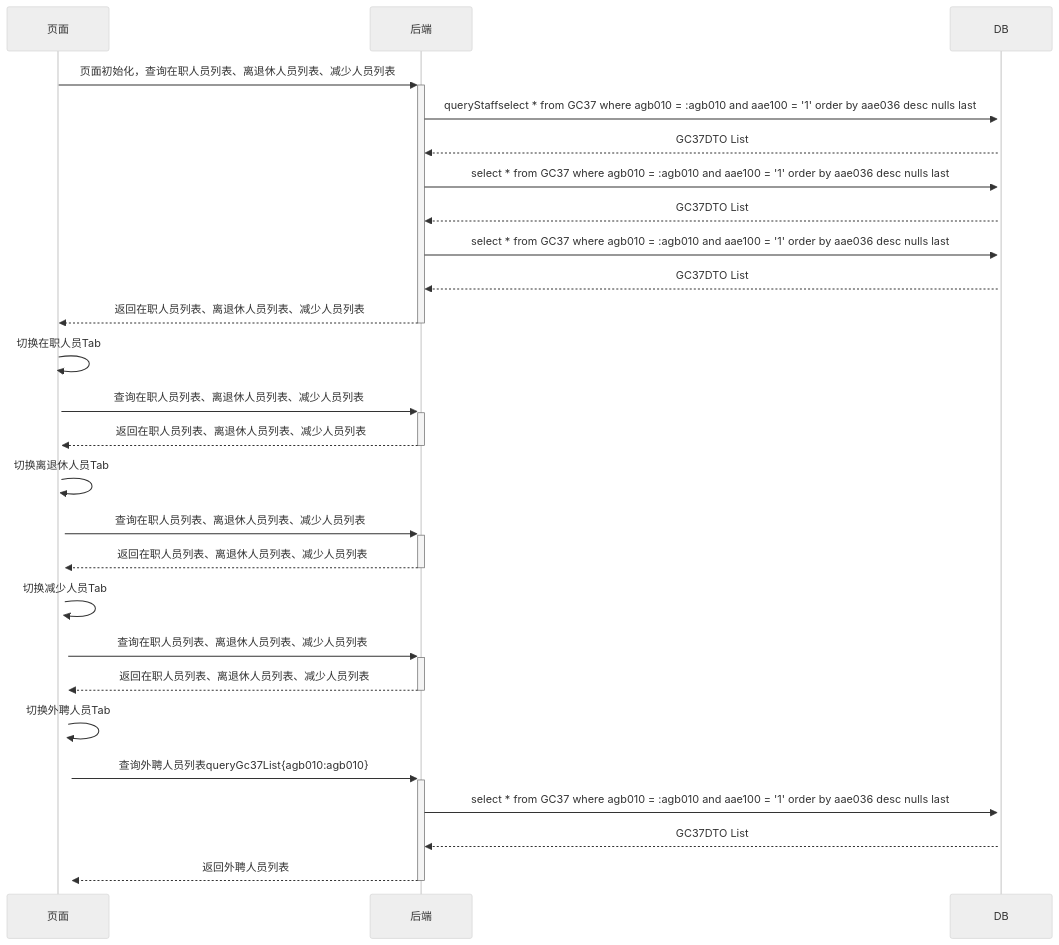
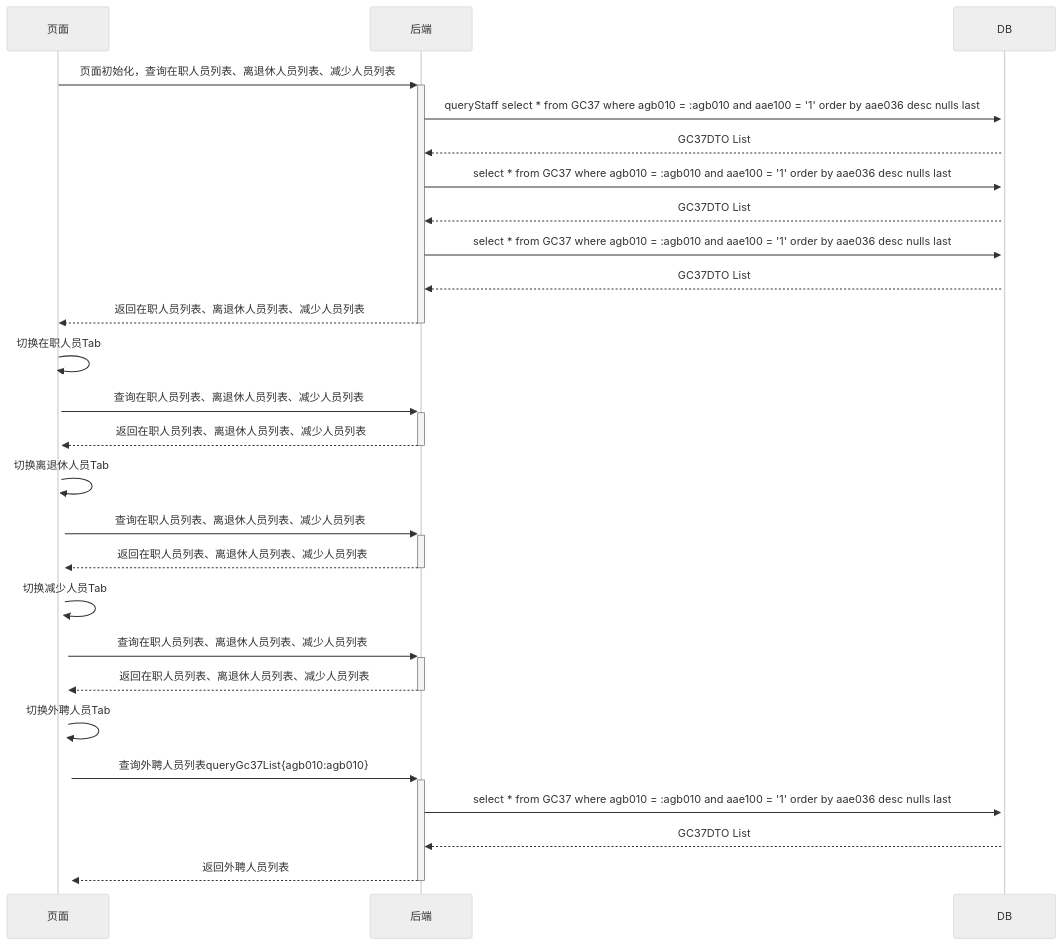
The diagram in all/人员基本信息初始化页面多Tab调用业务流程.md (ZhangJianBeiJing/iodraw-files), drawn with Mermaid (neutral theme) before and after one commit.

Commit message:
2025-03-25 10:32:55 update

````diff
--- a/all/人员基本信息初始化页面多Tab调用业务流程.md
+++ b/all/人员基本信息初始化页面多Tab调用业务流程.md
@@ -1,25 +1,25 @@
 ```mermaid
 sequenceDiagram
     页面->>+后端: 页面初始化，查询在职人员列表、离退休人员列表、减少人员列表
-    后端->>+DB:queryStaffselect * from GC37 where agb010 = :agb010 and aae100 = '1' order by aae036 desc nulls last
+    后端->>+DB:queryStaff select * from GC37 where agb010 = :agb010 and aae100 = '1' order by aae036 desc nulls last
     DB-->>后端:GC37DTO List
     后端->>+DB:select * from GC37 where agb010 = :agb010 and aae100 = '1' order by aae036 desc nulls last
     DB-->>后端:GC37DTO List
     后端->>+DB:select * from GC37 where agb010 = :agb010 and aae100 = '1' order by aae036 desc nulls last
     DB-->>后端:GC37DTO List
     后端-->>-页面:返回在职人员列表、离退休人员列表、减少人员列表
     页面->>+页面:切换在职人员Tab
     页面->>+后端:查询在职人员列表、离退休人员列表、减少人员列表
     后端-->>-页面:返回在职人员列表、离退休人员列表、减少人员列表
     页面->>+页面:切换离退休人员Tab
     页面->>+后端:查询在职人员列表、离退休人员列表、减少人员列表
     后端-->>-页面:返回在职人员列表、离退休人员列表、减少人员列表
     页面->>+页面:切换减少人员Tab
     页面->>+后端:查询在职人员列表、离退休人员列表、减少人员列表
     后端-->>-页面:返回在职人员列表、离退休人员列表、减少人员列表
     页面->>+页面:切换外聘人员Tab
     页面->>+后端:查询外聘人员列表queryGc37List{agb010:agb010}
     后端->>+DB:select * from GC37 where agb010 = :agb010 and aae100 = '1' order by aae036 desc nulls last
     DB-->>后端:GC37DTO List 
     后端-->>-页面:返回外聘人员列表
 ```
````
